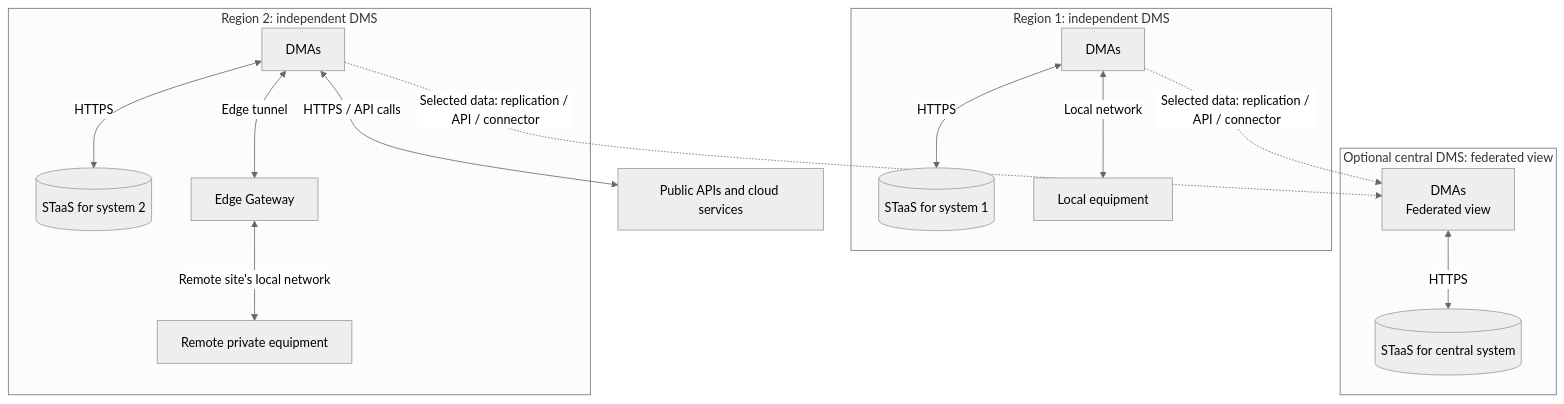
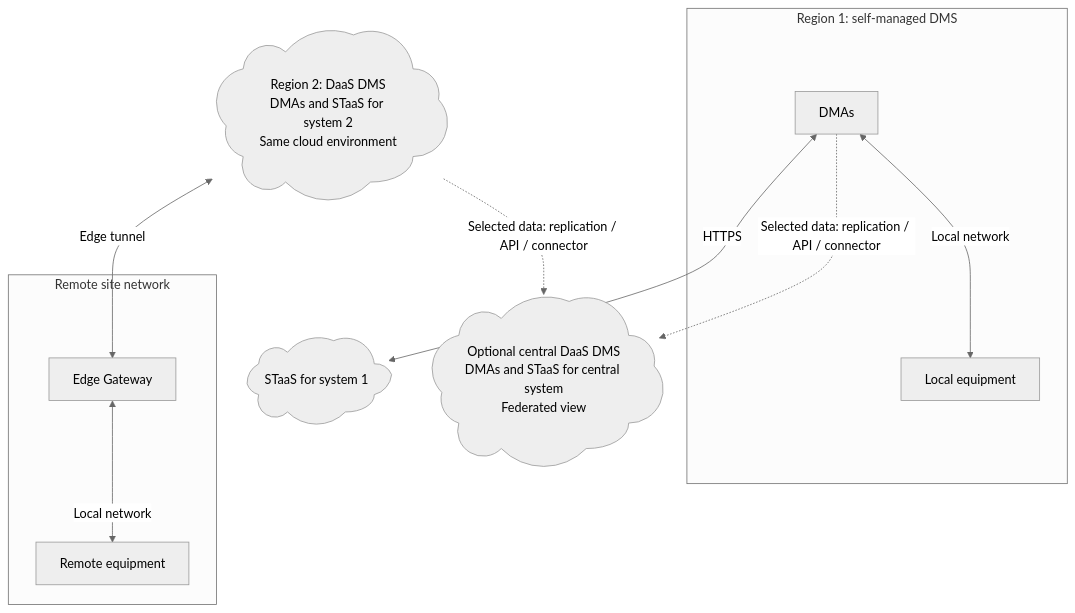
Before and after one commit to SkylineCommunications/dataminer-docs: the diagram in dataminer/About_DataMiner/System_architectures/Topologies/Architecture_multiple_systems.md, drawn with Mermaid (neutral theme). The commit also changed other lines of this file and 9 other files, not shown here.

Commit message:
Clarify cloud-hosted DaaS and connectivity diagrams

````diff
--- a/dataminer/About_DataMiner/System_architectures/Topologies/Architecture_multiple_systems.md
+++ b/dataminer/About_DataMiner/System_architectures/Topologies/Architecture_multiple_systems.md
@@ -31,28 +31,20 @@
 ```mermaid
 flowchart TB
-    subgraph R1["Region 1: independent DMS"]
+    subgraph R1["Region 1: self-managed DMS"]
         A["DMAs"]
-        SA[("STaaS for system 1")]
         EA["Local equipment"]
-        A <-->|"HTTPS"| SA
         A <-->|"Local network"| EA
     end
-    subgraph R2["Region 2: independent DMS"]
-        B["DMAs"]
-        SB[("STaaS for system 2")]
+    SA@{ shape: cloud, label: "STaaS for system 1" }
+    R2@{ shape: cloud, label: "Region 2: DaaS DMS<br/>DMAs and STaaS for system 2<br/>Same cloud environment" }
+    subgraph Remote["Remote site network"]
         G["Edge Gateway"]
-        EB["Remote private equipment"]
-        B <-->|"HTTPS"| SB
-        B <-->|"Edge tunnel"| G
-        G <-->|"Remote site's local network"| EB
+        EB["Remote equipment"]
+        G <-->|"Local network"| EB
     end
-    subgraph Central["Optional central DMS: federated view"]
-        C["DMAs<br/>Federated view"]
-        SC[("STaaS for central system")]
-        C <-->|"HTTPS"| SC
-    end
-    P["Public APIs and cloud services"]
-    B <-->|"HTTPS / API calls"| P
+    C@{ shape: cloud, label: "Optional central DaaS DMS<br/>DMAs and STaaS for central system<br/>Federated view" }
+    A <-->|"HTTPS"| SA
+    R2 <-->|"Edge tunnel"| G
     A -.->|"Selected data: replication / API / connector"| C
-    B -.->|"Selected data: replication / API / connector"| C
+    R2 -.->|"Selected data: replication / API / connector"| C
 ```
````
